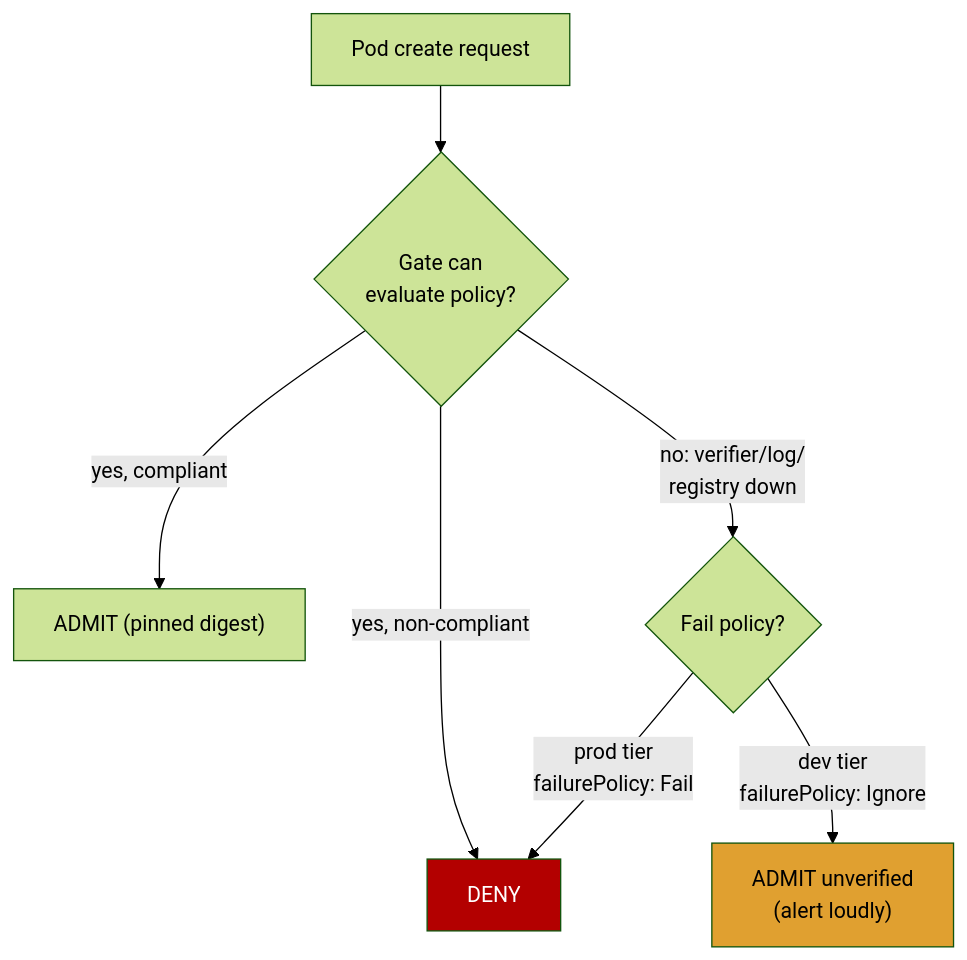
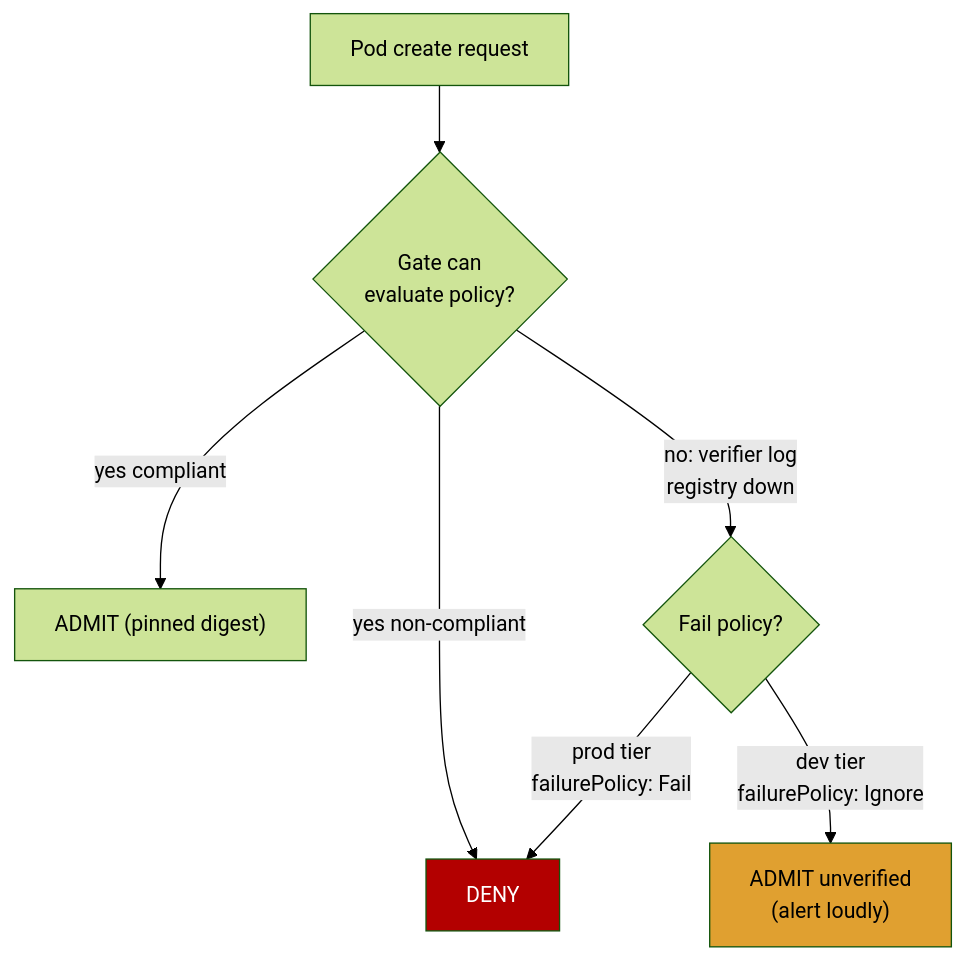
One commit to bumbsclaw/textbooks changed the third of 7 diagrams in book-05-signing-attestation/ch10-deployment-gates.md. Above: the diagram before and after it, drawn with Mermaid (forest theme). The commit also changed other lines of this file and 173 other files, not shown here.

First line of the commit message:
fix(mermaid): close note brackets, semicolons in Notes, stateDiagram br -> dash, edge parens

````diff
--- a/book-05-signing-attestation/ch10-deployment-gates.md
+++ b/book-05-signing-attestation/ch10-deployment-gates.md
@@ -440,11 +440,11 @@
 ```mermaid
 flowchart TD
   req["Pod create request"] --> ev{"Gate can<br/>evaluate policy?"}
-  ev -->|"yes, compliant"| admit["ADMIT (pinned digest)"]
-  ev -->|"yes, non-compliant"| deny["DENY"]
-  ev -->|"no: verifier/log/<br/>registry down"| fp{"Fail policy?"}
-  fp -->|"prod tier<br/>failurePolicy: Fail"| deny
-  fp -->|"dev tier<br/>failurePolicy: Ignore"| admitOpen["ADMIT unverified<br/>(alert loudly)"]
+  ev -->|"yes compliant"| admit["ADMIT (pinned digest)"]
+  ev -->|"yes non-compliant"| deny["DENY"]
+  ev -->|"no: verifier log <br >registry down"| fp{"Fail policy?"}
+  fp -->|"prod tier<br >failurePolicy: Fail"| deny
+  fp -->|"dev tier<br >failurePolicy: Ignore"| admitOpen["ADMIT unverified<br/>(alert loudly)"]
   style deny fill:#b30000,color:#ffffff
   style admitOpen fill:#e0a030
 ```
````
